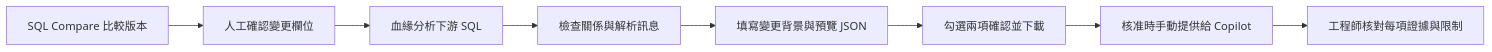
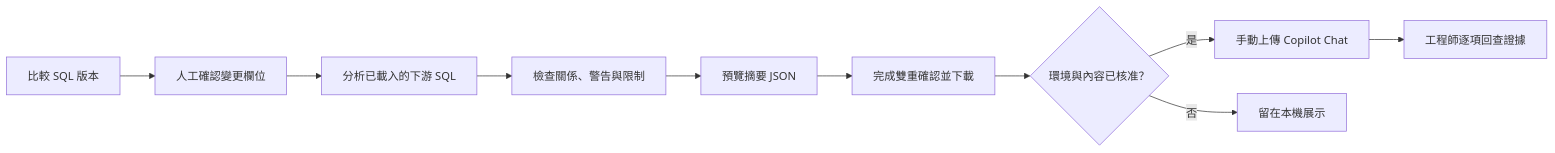
One commit to DunkLiao/copilot-sql-workbench changed the second of 2 diagrams in README.md. Above: the diagram before and after it, drawn with Mermaid. The commit also changed other lines of this file and 2 other files, not shown here.

````diff
--- a/README.md
+++ b/README.md
@@ -76,10 +100,12 @@
 ```mermaid
 flowchart LR
-  A[SQL Compare 比較版本] --> B[人工確認變更欄位]
-  B --> C[血緣分析下游 SQL]
-  C --> D[檢查關係與解析訊息]
-  D --> E[填寫變更背景與預覽 JSON]
-  E --> F[勾選兩項確認並下載]
-  F --> G[核准時手動提供給 Copilot]
-  G --> H[工程師核對每項證據與限制]
+  A[比較 SQL 版本] --> B[人工確認變更欄位]
+  B --> C[分析已載入的下游 SQL]
+  C --> D[檢查關係、警告與限制]
+  D --> E[預覽摘要 JSON]
+  E --> F[完成雙重確認並下載]
+  F --> G{環境與內容已核准？}
+  G -->|是| H[手動上傳 Copilot Chat]
+  G -->|否| I[留在本機展示]
+  H --> J[工程師逐項回查證據]
 ```
````
